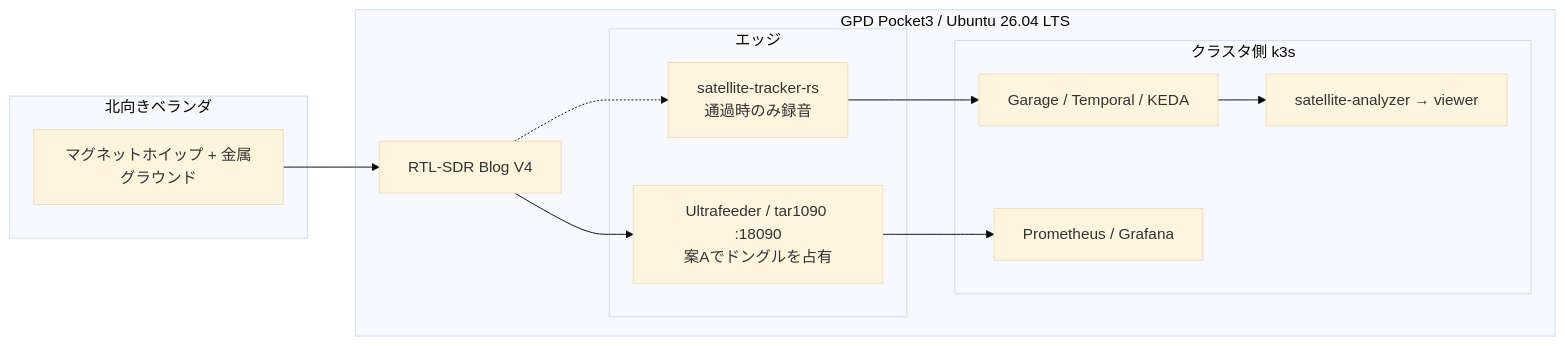
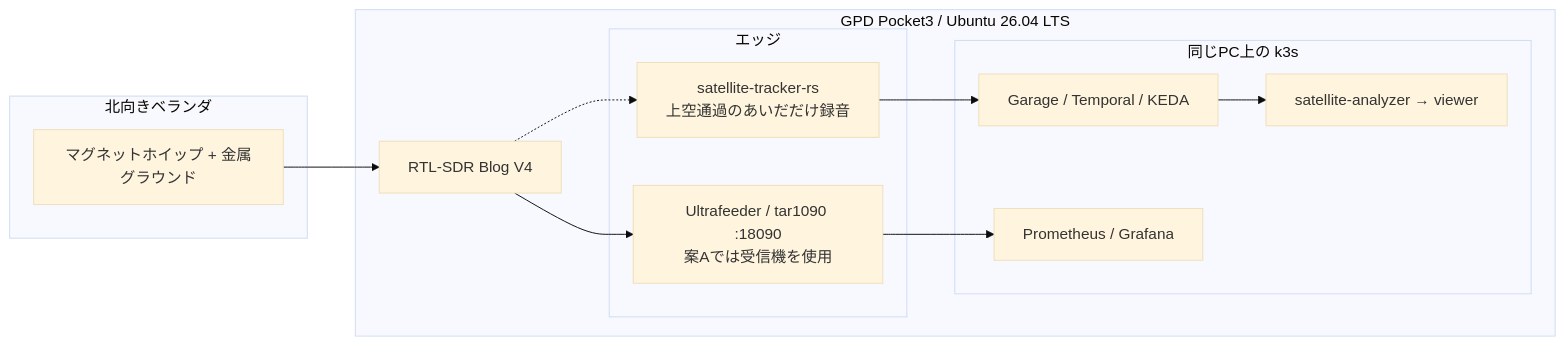
Before and after one commit to tozastation/radio-astronomy: the diagram in README.md, drawn with Mermaid (base theme). The commit also changed other lines of this file and 7 other files, not shown here.

````diff
--- a/README.md
+++ b/README.md
@@ -52,25 +52,25 @@
 ```mermaid
 flowchart LR
     subgraph Balcony["北向きベランダ"]
         Ant["マグネットホイップ + 金属グラウンド"]
     end
 
     subgraph Pocket["GPD Pocket3 / Ubuntu 26.04 LTS"]
         SDR["RTL-SDR Blog V4"]
         subgraph Edge["エッジ"]
-            ADSB["Ultrafeeder / tar1090 :18090<br/>案Aでドングルを占有"]
-            Tracker["satellite-tracker-rs<br/>通過時のみ録音"]
+            ADSB["Ultrafeeder / tar1090 :18090<br/>案Aでは受信機を使用"]
+            Tracker["satellite-tracker-rs<br/>上空通過のあいだだけ録音"]
         end
-        subgraph Cluster["クラスタ側 k3s"]
+        subgraph Cluster["同じPC上の k3s"]
             Store["Garage / Temporal / KEDA"]
             Analyze["satellite-analyzer → viewer"]
             Graf["Prometheus / Grafana"]
         end
     end
 
     Ant --> SDR
     SDR --> ADSB
     SDR -.-> Tracker
     Tracker --> Store --> Analyze
     ADSB --> Graf
 ```
````
